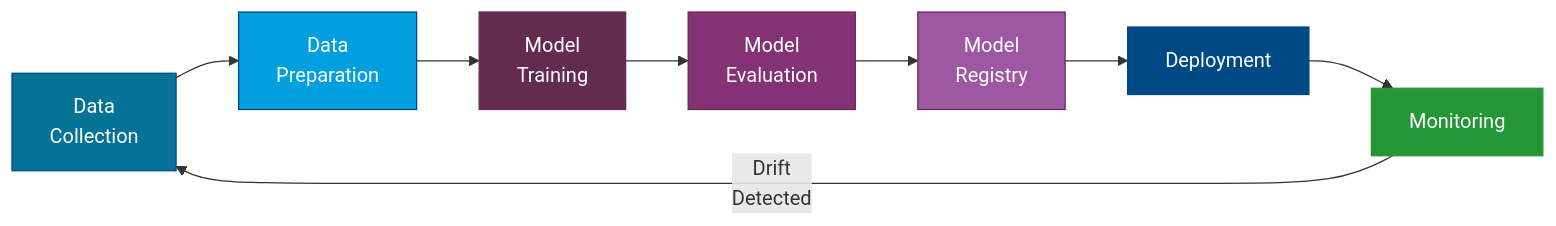
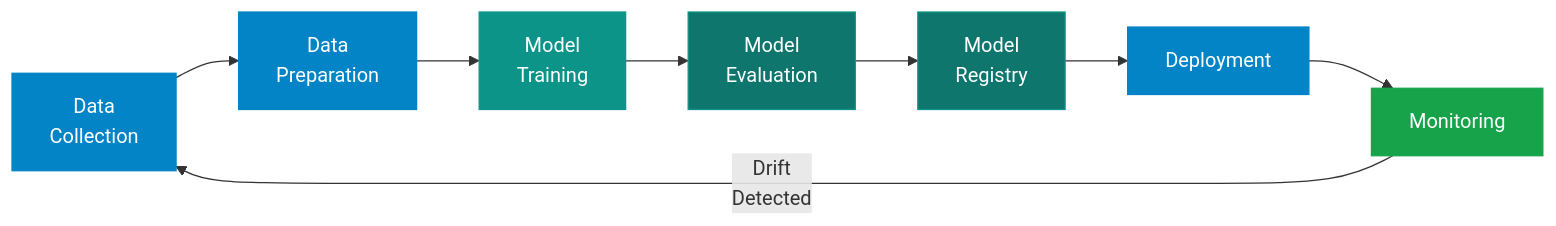
The diagram in docs/concepts/infrastructure-and-operations.md (nitin27may/ai-resources), drawn with Mermaid before and after one commit. The commit also changed other lines of this file and 84 other files, not shown here.

````diff
--- a/docs/concepts/infrastructure-and-operations.md
+++ b/docs/concepts/infrastructure-and-operations.md
@@ -39,18 +43,18 @@
 ```mermaid
 graph LR
-    A["Data\nCollection"] --> B["Data\nPreparation"]
-    B --> C["Model\nTraining"]
-    C --> D["Model\nEvaluation"]
-    D --> E["Model\nRegistry"]
+    A["Data<br/>Collection"] --> B["Data<br/>Preparation"]
+    B --> C["Model<br/>Training"]
+    C --> D["Model<br/>Evaluation"]
+    D --> E["Model<br/>Registry"]
     E --> F["Deployment"]
     F --> G["Monitoring"]
-    G -->|"Drift\nDetected"| A
+    G -->|"Drift<br/>Detected"| A
 
-    style A fill:#057398,stroke:#004987,color:#fff
-    style B fill:#00A0DF,stroke:#004987,color:#fff
-    style C fill:#632C4F,stroke:#632C4F,color:#fff
-    style D fill:#853175,stroke:#632C4F,color:#fff
-    style E fill:#9E57A2,stroke:#632C4F,color:#fff
-    style F fill:#004987,stroke:#004987,color:#fff
-    style G fill:#259638,stroke:#259638,color:#fff
+    style A fill:#0284c7,stroke:#0284c7,color:#fff
+    style B fill:#0284c7,stroke:#0284c7,color:#fff
+    style C fill:#0d9488,stroke:#0d9488,color:#fff
+    style D fill:#0f766e,stroke:#0d9488,color:#fff
+    style E fill:#0f766e,stroke:#0d9488,color:#fff
+    style F fill:#0284c7,stroke:#0284c7,color:#fff
+    style G fill:#16a34a,stroke:#16a34a,color:#fff
 ```
````
